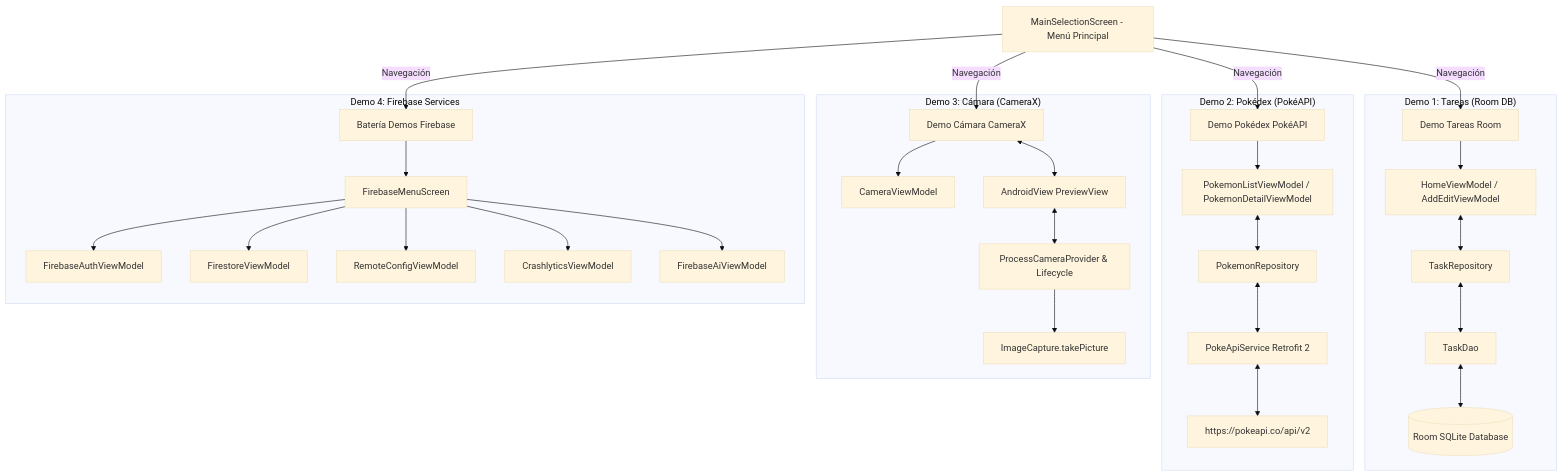
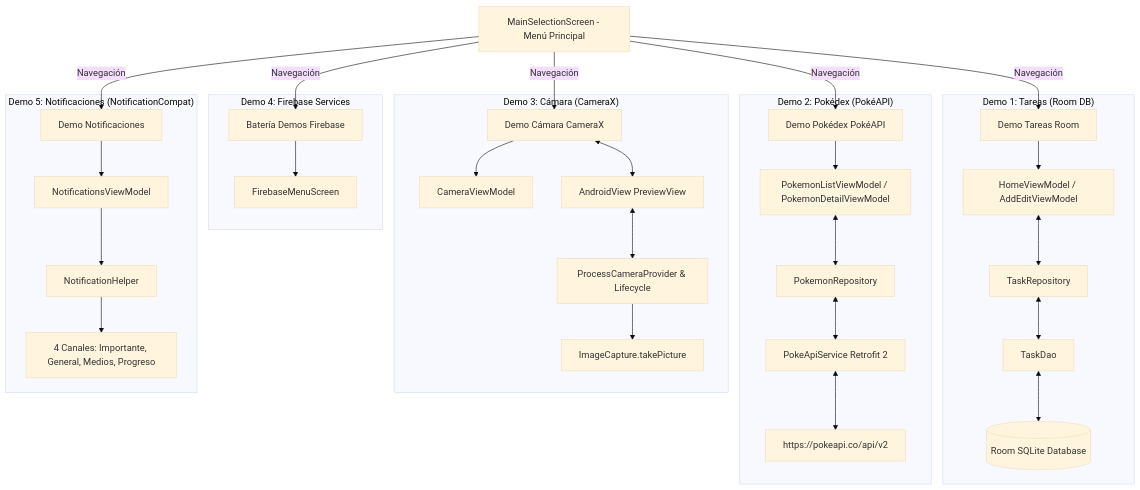
The diagram in README.md (kenwhiston/ArchitectureMobileApp), drawn with Mermaid (base theme) before and after one commit. The commit also changed other lines of this file and 12 other files, not shown here.

````diff
--- a/README.md
+++ b/README.md
@@ -19,37 +16,39 @@
 ```mermaid
 graph TD
     MENU[MainSelectionScreen - Menú Principal] --> |Navegación| DEMO1[Demo Tareas Room]
     MENU --> |Navegación| DEMO2[Demo Pokédex PokéAPI]
     MENU --> |Navegación| DEMO3[Demo Cámara CameraX]
     MENU --> |Navegación| DEMO4[Batería Demos Firebase]
+    MENU --> |Navegación| DEMO5[Demo Notificaciones]
 
     subgraph "Demo 1: Tareas (Room DB)"
         DEMO1 --> TASK_VM[HomeViewModel / AddEditViewModel]
         TASK_VM <--> TASK_REPO[TaskRepository]
         TASK_REPO <--> TASK_DAO[TaskDao]
         TASK_DAO <--> ROOM[(Room SQLite Database)]
     end
 
     subgraph "Demo 2: Pokédex (PokéAPI)"
         DEMO2 --> POKEMON_VM[PokemonListViewModel / PokemonDetailViewModel]
         POKEMON_VM <--> POKEMON_REPO[PokemonRepository]
         POKEMON_REPO <--> RETROFIT[PokeApiService Retrofit 2]
         RETROFIT <--> API[https://pokeapi.co/api/v2]
     end
 
     subgraph "Demo 3: Cámara (CameraX)"
         DEMO3 --> CAMERA_VM[CameraViewModel]
         DEMO3 <--> CAMERA_PREVIEW[AndroidView PreviewView]
         CAMERA_PREVIEW <--> CAMERAX_PROVIDER[ProcessCameraProvider & Lifecycle]
         CAMERAX_PROVIDER --> CAPTURE[ImageCapture.takePicture]
     end
 
     subgraph "Demo 4: Firebase Services"
         DEMO4 --> FIREBASE_MENU[FirebaseMenuScreen]
-        FIREBASE_MENU --> AUTH_VM[FirebaseAuthViewModel]
-        FIREBASE_MENU --> FIRESTORE_VM[FirestoreViewModel]
-        FIREBASE_MENU --> CONFIG_VM[RemoteConfigViewModel]
-        FIREBASE_MENU --> CRASH_VM[CrashlyticsViewModel]
-        FIREBASE_MENU --> AI_VM[FirebaseAiViewModel]
+    end
+
+    subgraph "Demo 5: Notificaciones (NotificationCompat)"
+        DEMO5 --> NOTIF_VM[NotificationsViewModel]
+        NOTIF_VM --> HELPER[NotificationHelper]
+        HELPER --> CHANNELS[4 Canales: Importante, General, Medios, Progreso]
     end
 ```
````
